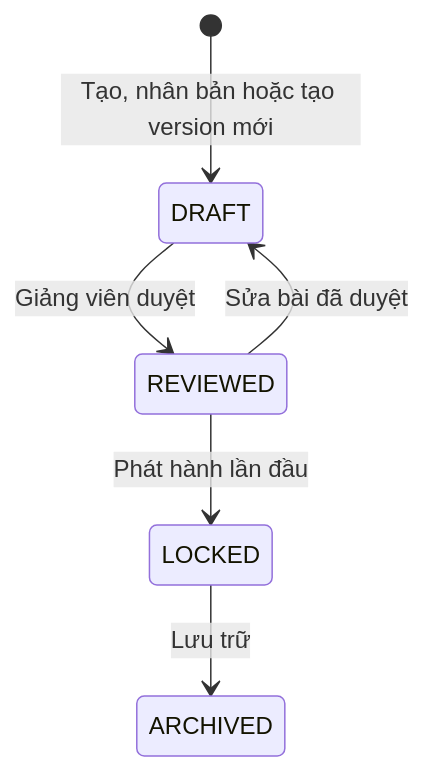
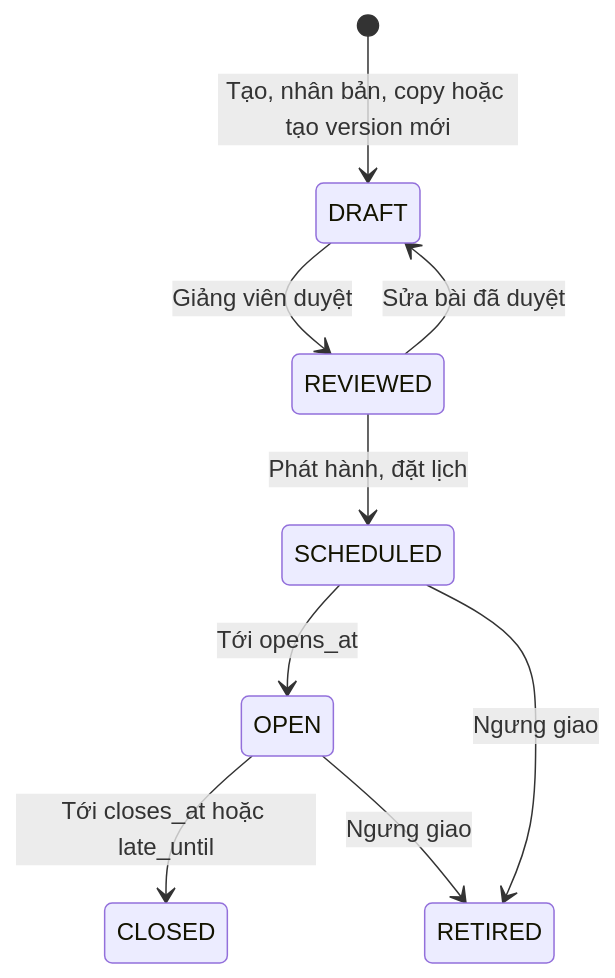
The diagram in aidlc-docs/construction/u08-assessment-core-publication/functional-design/domain-entities.md (hygef-v4/AI-Powered-Learning-Platform), drawn with Mermaid before and after one commit. The commit also changed other lines of this file and 199 other files, not shown here.

````diff
--- a/aidlc-docs/construction/u08-assessment-core-publication/functional-design/domain-entities.md
+++ b/aidlc-docs/construction/u08-assessment-core-publication/functional-design/domain-entities.md
@@ -44,8 +45,11 @@
 ```mermaid
 stateDiagram-v2
-    [*] --> DRAFT: Tạo, nhân bản hoặc tạo version mới
+    [*] --> DRAFT: Tạo, nhân bản, copy hoặc tạo version mới
     DRAFT --> REVIEWED: Giảng viên duyệt
     REVIEWED --> DRAFT: Sửa bài đã duyệt
-    REVIEWED --> LOCKED: Phát hành lần đầu
-    LOCKED --> ARCHIVED: Lưu trữ
+    REVIEWED --> SCHEDULED: Phát hành, đặt lịch
+    SCHEDULED --> OPEN: Tới opens_at
+    OPEN --> CLOSED: Tới closes_at hoặc late_until
+    SCHEDULED --> RETIRED: Ngưng giao
+    OPEN --> RETIRED: Ngưng giao
 ```
````
